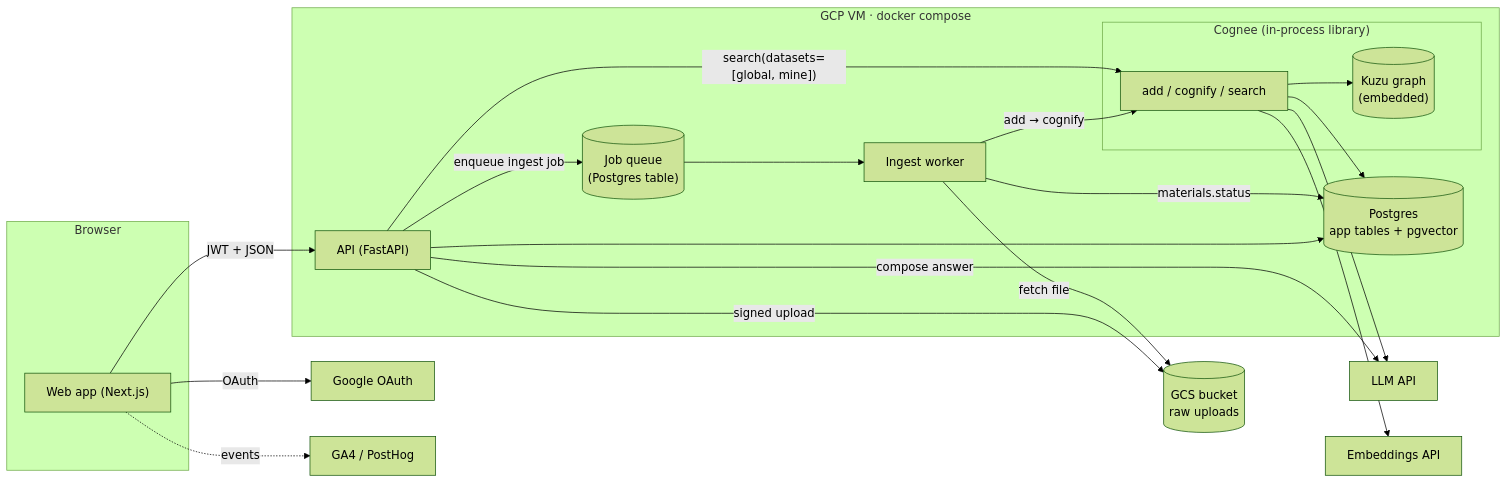
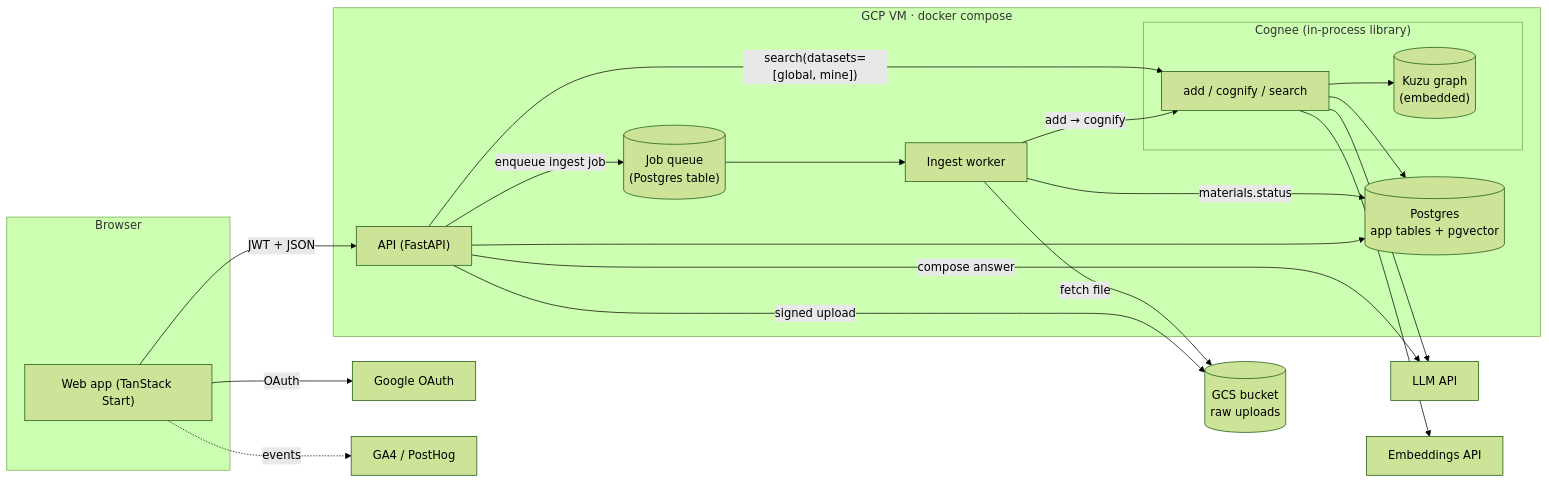
Before and after one commit to xplus2g4/Lattice: the diagram in docs/wiki/components.md, drawn with Mermaid (forest theme). The commit also changed other lines of this file and 20 other files, not shown here.

First line of the commit message:
Scaffold web app with TanStack Start under app/

````diff
--- a/docs/wiki/components.md
+++ b/docs/wiki/components.md
@@ -7,40 +7,40 @@
 ```mermaid
 flowchart LR
   subgraph client["Browser"]
-    web["Web app (Next.js)"]
+    web["Web app (TanStack Start)"]
   end
 
   subgraph vm["GCP VM · docker compose"]
     api["API (FastAPI)"]
     worker["Ingest worker"]
     pg[("Postgres\napp tables + pgvector")]
     subgraph cognee["Cognee (in-process library)"]
       cg["add / cognify / search"]
       kuzu[("Kuzu graph\n(embedded)")]
     end
     queue[("Job queue\n(Postgres table)")]
   end
 
   oauth["Google OAuth"]
   llm["LLM API"]
   emb["Embeddings API"]
   gcs[("GCS bucket\nraw uploads")]
   analytics["GA4 / PostHog"]
 
   web -- "JWT + JSON" --> api
   web -. events .-> analytics
   web -- OAuth --> oauth
   api -- "search(datasets=[global, mine])" --> cg
   api -- "enqueue ingest job" --> queue
   queue --> worker
   worker -- "add → cognify" --> cg
   worker -- "materials.status" --> pg
   api --> pg
   cg --> pg
   cg --> kuzu
   cg --> llm
   cg --> emb
   api -- "compose answer" --> llm
   worker -- "fetch file" --> gcs
   api -- "signed upload" --> gcs
 ```
````
